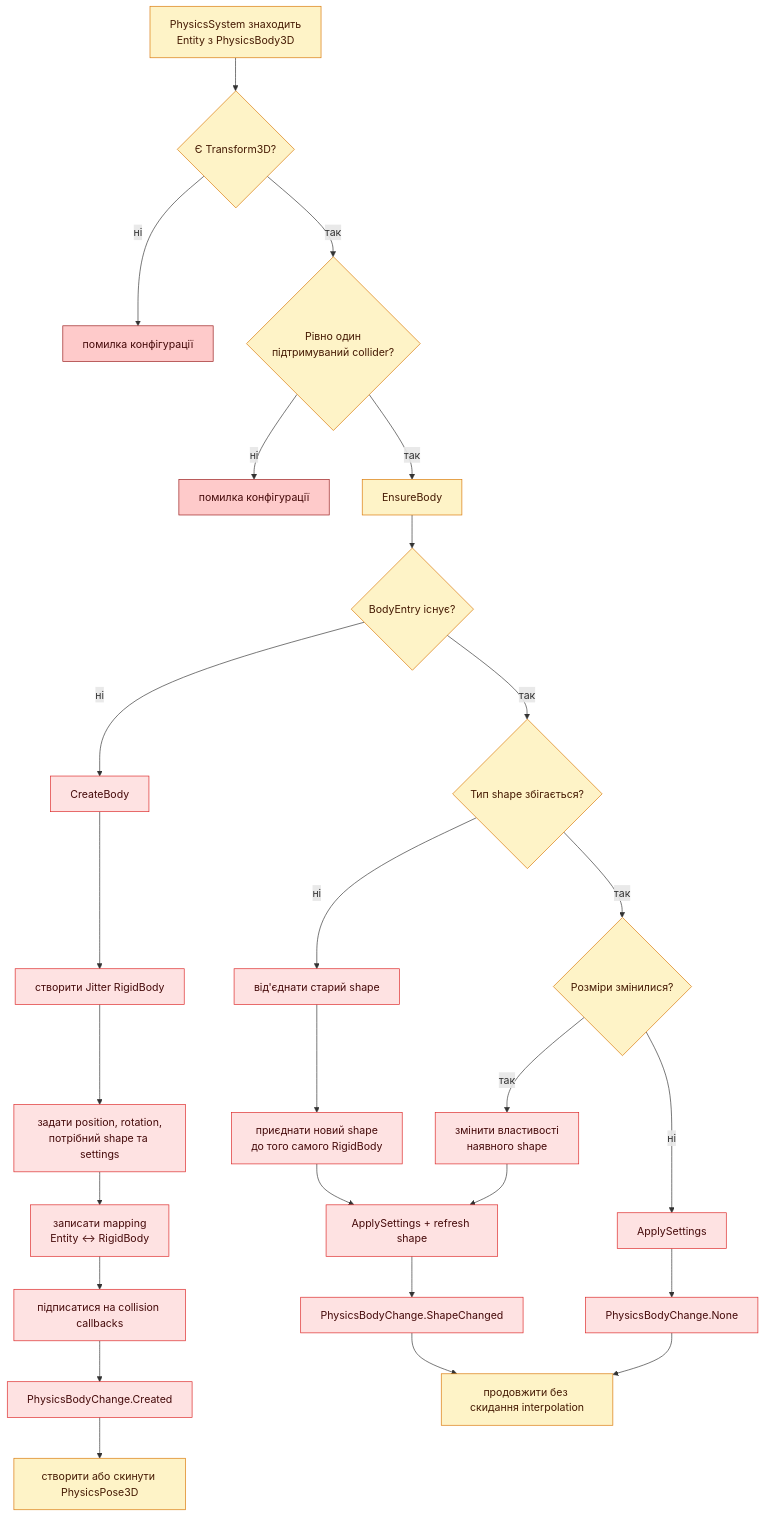
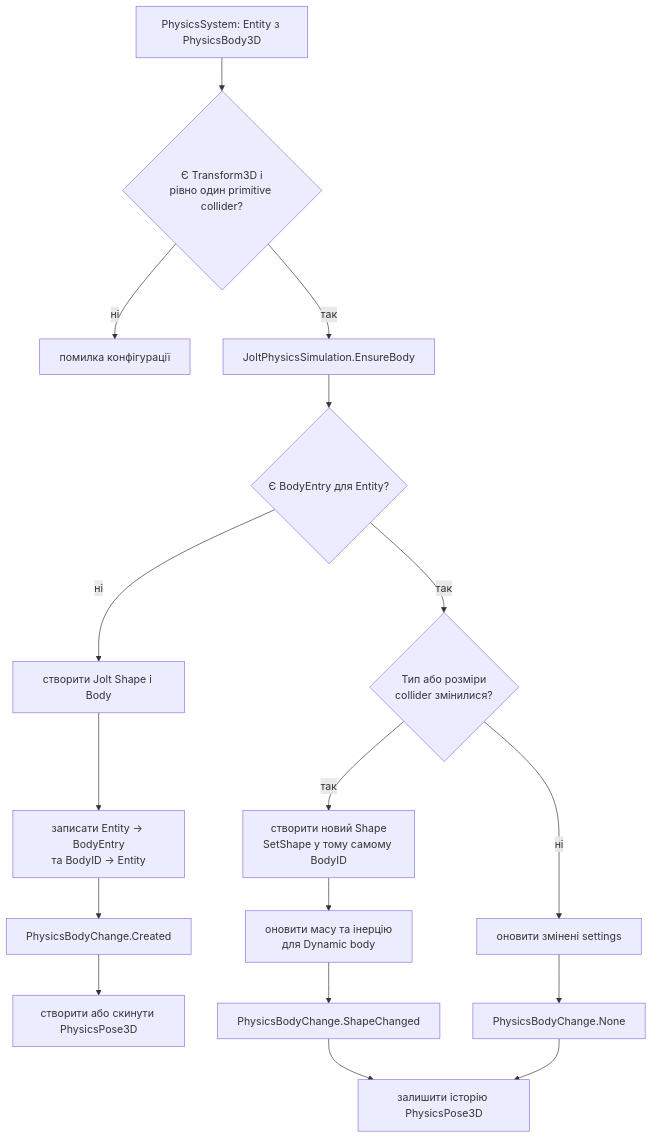
Before and after one commit to 7wai7/MonoGame-project: the first of 2 diagrams in docs/diagrams/06-physics-body-lifecycle.md, drawn with Mermaid. The commit also changed other lines of this file and 47 other files, not shown here.

Commit message:
feat(terrain): add streamed EXR terrain and Jolt heightfield physics - Added landscape based on EXR maps, chunks, and streaming rendering with LOD. - Replaced Jitter2 with Jolt; added heightfield colliders around the camera and moving bodies. - Added performance metrics and a physics smoke test.

```diff
--- a/docs/diagrams/06-physics-body-lifecycle.md
+++ b/docs/diagrams/06-physics-body-lifecycle.md
@@ -8,38 +10,19 @@
 ~~~mermaid
 flowchart TD
-    A["PhysicsSystem знаходить<br/>Entity з PhysicsBody3D"] --> B{"Є Transform3D?"}
-    B -->|"ні"| Error1["помилка конфігурації"]
-    B -->|"так"| C{"Рівно один<br/>підтримуваний collider?"}
-    C -->|"ні"| Error2["помилка конфігурації"]
-    C -->|"так"| D["EnsureBody"]
-    D --> E{"BodyEntry існує?"}
-    E -->|"ні"| F["CreateBody"]
-    F --> G["створити Jitter RigidBody"]
-    G --> H["задати position, rotation,<br/>потрібний shape та settings"]
-    H --> I["записати mapping<br/>Entity ↔ RigidBody"]
-    I --> J["підписатися на collision callbacks"]
-    J --> K["PhysicsBodyChange.Created"]
-
-    E -->|"так"| L{"Тип shape збігається?"}
-    L -->|"ні"| M["від'єднати старий shape"]
-    M --> N["приєднати новий shape<br/>до того самого RigidBody"]
-    N --> Q["ApplySettings + refresh shape"]
-    Q --> R["PhysicsBodyChange.ShapeChanged"]
-
-    L -->|"так"| O{"Розміри змінилися?"}
-    O -->|"так"| P["змінити властивості<br/>наявного shape"]
-    P --> Q
-    O -->|"ні"| S["ApplySettings"]
-    S --> T["PhysicsBodyChange.None"]
-
-    K --> U["створити або скинути PhysicsPose3D"]
-    R --> V["продовжити без скидання interpolation"]
-    T --> V
-
-    classDef ecs fill:#fef3c7,stroke:#d97706,color:#451a03
-    classDef physics fill:#fee2e2,stroke:#dc2626,color:#450a0a
-    classDef error fill:#fecaca,stroke:#991b1b,color:#450a0a
-    class A,B,C,D,E,L,O,U,V ecs
-    class F,G,H,I,J,K,M,N,P,Q,R,S,T physics
-    class Error1,Error2 error
+    A["PhysicsSystem: Entity з PhysicsBody3D"] --> B{"Є Transform3D і<br/>рівно один primitive collider?"}
+    B -->|"ні"| Error["помилка конфігурації"]
+    B -->|"так"| C["JoltPhysicsSimulation.EnsureBody"]
+    C --> D{"Є BodyEntry для Entity?"}
+    D -->|"ні"| E["створити Jolt Shape і Body"]
+    E --> F["записати Entity → BodyEntry<br/>та BodyID → Entity"]
+    F --> G["PhysicsBodyChange.Created"]
+    G --> H["створити або скинути PhysicsPose3D"]
+    D -->|"так"| I{"Тип або розміри<br/>collider змінилися?"}
+    I -->|"так"| J["створити новий Shape<br/>SetShape у тому самому BodyID"]
+    J --> K["оновити масу та інерцію<br/>для Dynamic body"]
+    K --> L["PhysicsBodyChange.ShapeChanged"]
+    I -->|"ні"| M["оновити змінені settings"]
+    M --> N["PhysicsBodyChange.None"]
+    L --> O["залишити історію PhysicsPose3D"]
+    N --> O
 ~~~
```
